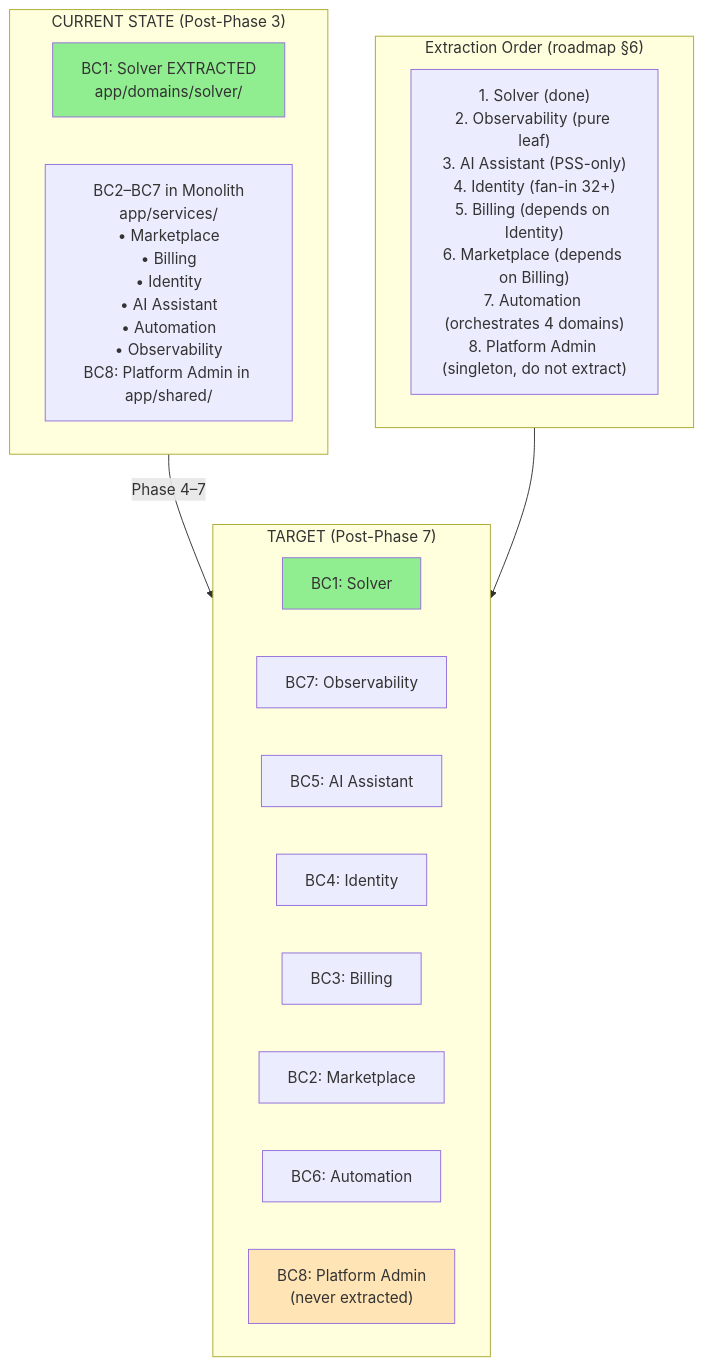
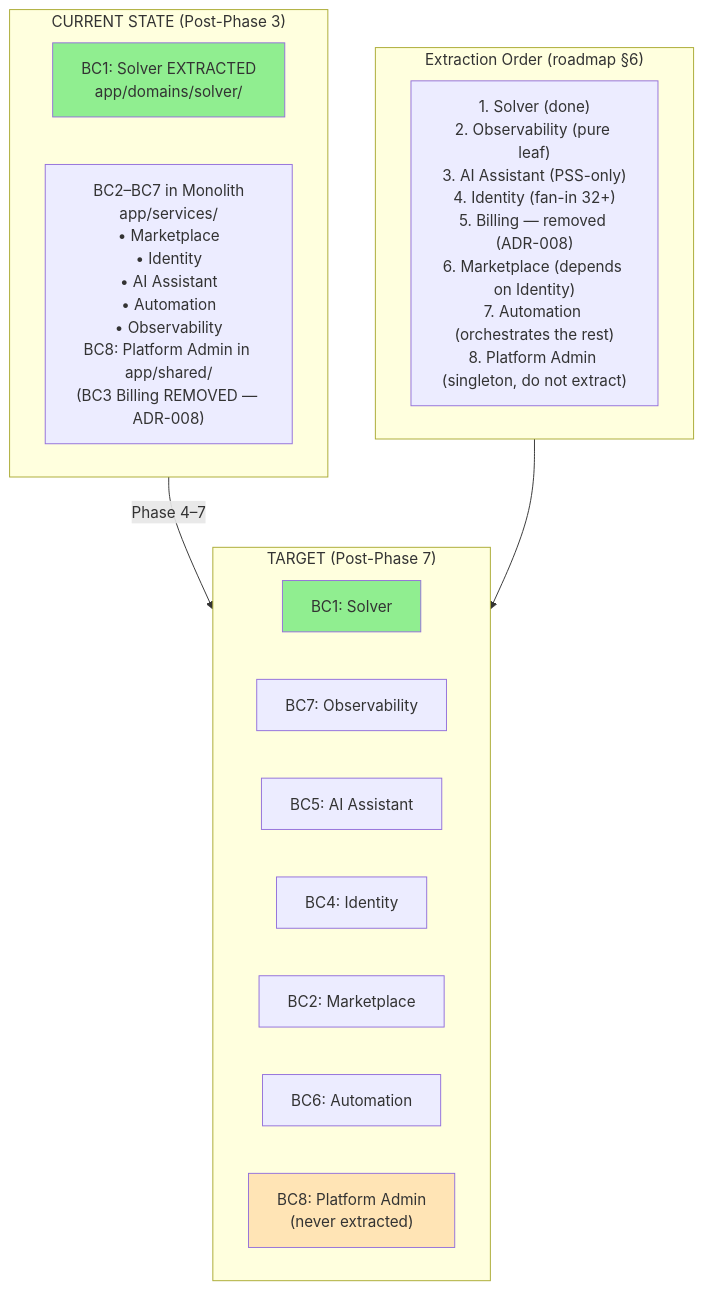
The diagram in docs/ARCHITECTURE/02-backend/02-bounded-contexts.md (avallavall/jaot), drawn with Mermaid before and after one commit. The commit also changed other lines of this file and 24 other files, not shown here.

First line of the commit message:
docs(platform): ADR-008 slice 6 — adapt the living architecture docs to the credit-free reality

````diff
--- a/docs/ARCHITECTURE/02-backend/02-bounded-contexts.md
+++ b/docs/ARCHITECTURE/02-backend/02-bounded-contexts.md
@@ -7,29 +7,28 @@
 ```mermaid
 flowchart TB
     subgraph Current["CURRENT STATE (Post-Phase 3)"]
         Extracted["BC1: Solver EXTRACTED<br/>app/domains/solver/"]
-        Monolith["BC2–BC7 in Monolith<br/>app/services/<br/>• Marketplace<br/>• Billing<br/>• Identity<br/>• AI Assistant<br/>• Automation<br/>• Observability<br/>BC8: Platform Admin in app/shared/"]
+        Monolith["BC2–BC7 in Monolith<br/>app/services/<br/>• Marketplace<br/>• Identity<br/>• AI Assistant<br/>• Automation<br/>• Observability<br/>BC8: Platform Admin in app/shared/<br/>(BC3 Billing REMOVED — ADR-008)"]
     end
 
     subgraph Future["TARGET (Post-Phase 7)"]
         Sol["BC1: Solver"]
         Obs["BC7: Observability"]
         AI["BC5: AI Assistant"]
         Id["BC4: Identity"]
-        Bill["BC3: Billing"]
         Market["BC2: Marketplace"]
         Auto["BC6: Automation"]
         Admin["BC8: Platform Admin<br/>(never extracted)"]
     end
 
     subgraph Dependencies["Extraction Order (roadmap §6)"]
-        Order["1. Solver (done)<br/>2. Observability (pure leaf)<br/>3. AI Assistant (PSS-only)<br/>4. Identity (fan-in 32+)<br/>5. Billing (depends on Identity)<br/>6. Marketplace (depends on Billing)<br/>7. Automation (orchestrates 4 domains)<br/>8. Platform Admin (singleton, do not extract)"]
+        Order["1. Solver (done)<br/>2. Observability (pure leaf)<br/>3. AI Assistant (PSS-only)<br/>4. Identity (fan-in 32+)<br/>5. Billing — removed (ADR-008)<br/>6. Marketplace (depends on Identity)<br/>7. Automation (orchestrates the rest)<br/>8. Platform Admin (singleton, do not extract)"]
     end
 
     Current -->|Phase 4–7| Future
     Dependencies --> Future
 
     style Extracted fill:#90EE90
     style Sol fill:#90EE90
     style Admin fill:#FFE4B5
 ```
````
